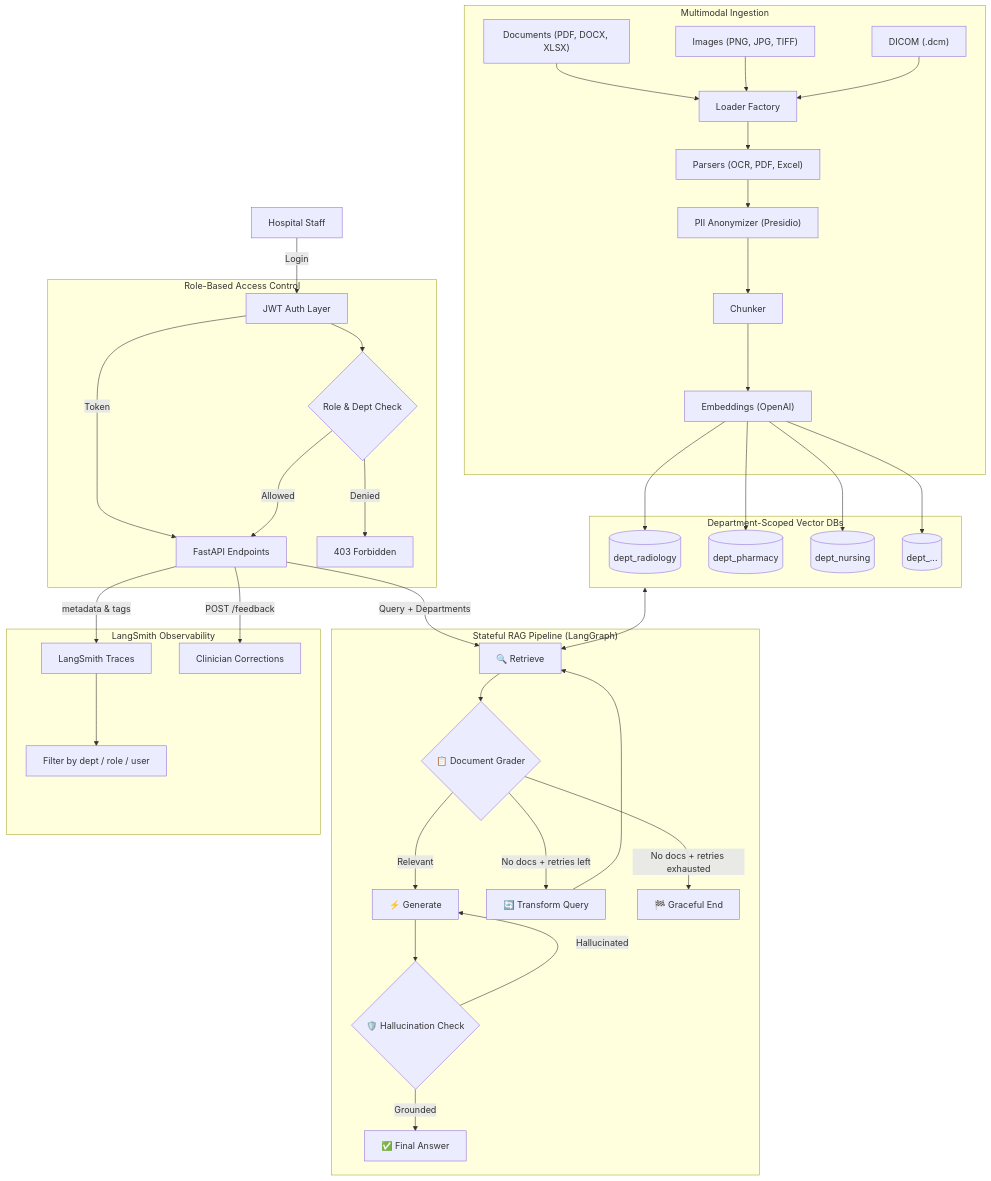
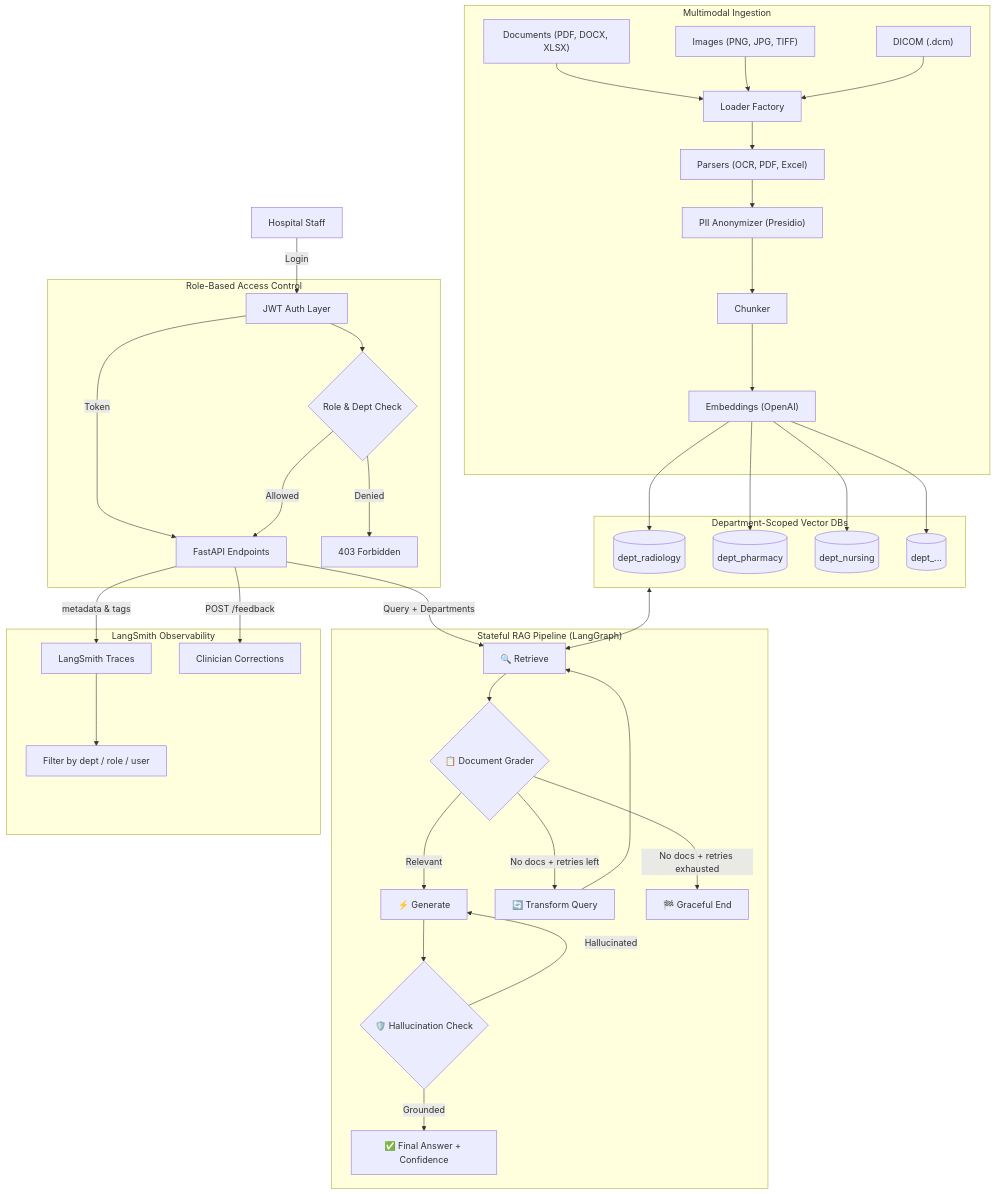
One commit to Anudeepsrib/ClinIQ changed the diagram in README.md. Above: the diagram before and after it, drawn with Mermaid. The commit also changed other lines of this file and 7 other files, not shown here.

````diff
--- a/README.md
+++ b/README.md
@@ -50,48 +55,48 @@
 ```mermaid
 graph TD
     User["Hospital Staff"] -->|Login| Auth["JWT Auth Layer"]
     Auth -->|Token| API["FastAPI Endpoints"]
 
     subgraph RBAC ["Role-Based Access Control"]
         Auth --> RoleCheck{"Role & Dept Check"}
         RoleCheck -->|Allowed| API
         RoleCheck -->|Denied| Reject["403 Forbidden"]
     end
 
     subgraph IngestionPipeline ["Multimodal Ingestion"]
         Docs["Documents (PDF, DOCX, XLSX)"] --> Loader["Loader Factory"]
         Images["Images (PNG, JPG, TIFF)"] --> Loader
         DICOM["DICOM (.dcm)"] --> Loader
         Loader --> Parser["Parsers (OCR, PDF, Excel)"]
         Parser --> PII["PII Anonymizer (Presidio)"]
         PII --> Chunker["Chunker"]
         Chunker --> Embed["Embeddings (OpenAI)"]
     end
 
     subgraph VectorDBs ["Department-Scoped Vector DBs"]
         Embed --> DB1[("dept_radiology")]
         Embed --> DB2[("dept_pharmacy")]
         Embed --> DB3[("dept_nursing")]
         Embed --> DBn[("dept_...")]
     end
 
     subgraph RetrievalGraph ["Stateful RAG Pipeline (LangGraph)"]
         API -->|"Query + Departments"| Retriever["🔍 Retrieve"]
         Retriever --> Grader{"📋 Document Grader"}
         Grader -->|Relevant| Generator["⚡ Generate"]
         Grader -->|"No docs + retries left"| Transform["🔄 Transform Query"]
         Transform --> Retriever
         Grader -->|"No docs + retries exhausted"| Fallback["🏁 Graceful End"]
         Generator --> HalCheck{"🛡️ Hallucination Check"}
-        HalCheck -->|Grounded| Response["✅ Final Answer"]
+        HalCheck -->|Grounded| Response["✅ Final Answer + Confidence"]
         HalCheck -->|Hallucinated| Generator
     end
 
     subgraph Observability ["LangSmith Observability"]
         API -->|"metadata & tags"| LS["LangSmith Traces"]
         LS --> Dashboard["Filter by dept / role / user"]
         API -->|"POST /feedback"| Feedback["Clinician Corrections"]
     end
 
     VectorDBs <--> Retriever
 ```
````
